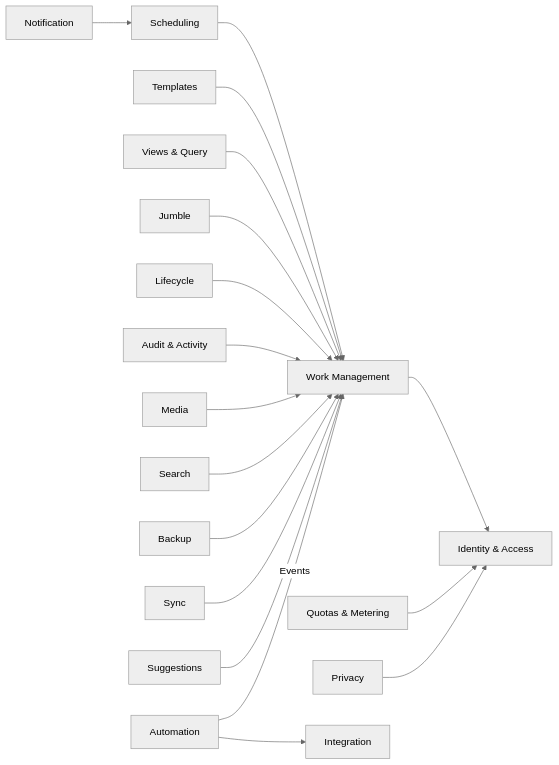
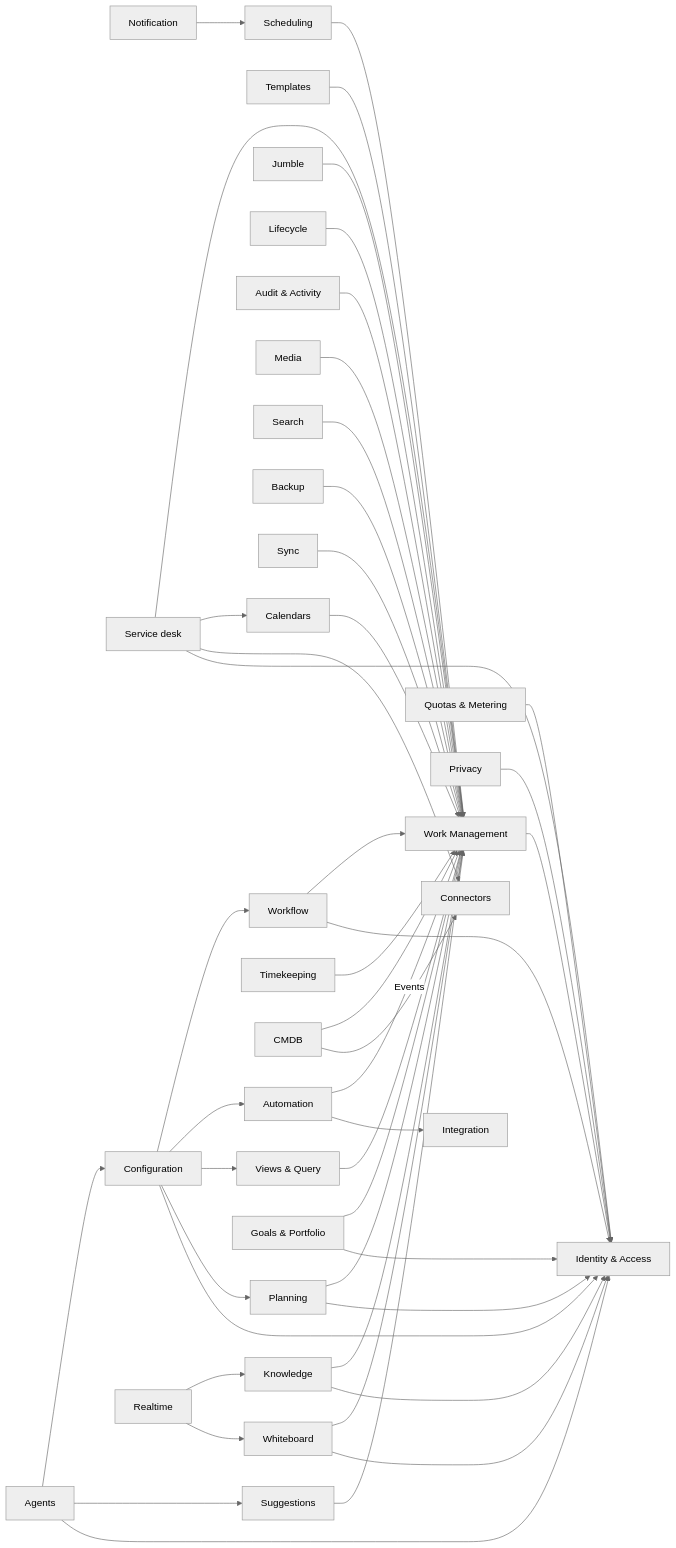
One commit to Jersyfi/hubtask changed the diagram in docs/architecture/arc42.md. Above: the diagram before and after it, drawn with Mermaid (neutral theme). The commit also changed other lines of this file and 3850 other files, not shown here.

````diff
--- a/docs/architecture/arc42.md
+++ b/docs/architecture/arc42.md
@@ -223,9 +227,17 @@
 ```mermaid
 graph LR
   SCHED[Scheduling] & TPL[Templates] & VIEW[Views & Query] & JUM[Jumble] & LIFE[Lifecycle] --> WORK[Work Management]
   AUD[Audit & Activity] & FILES[Media] & SEARCH[Search] & BAK[Backup] & SYNC[Sync] & SUGG[Suggestions] --> WORK
   WORK & LIC[Quotas & Metering] & PRIV[Privacy] --> IAM[Identity & Access]
   AUTOM[Automation] -->|Events| WORK
   AUTOM --> INTEG[Integration]
   NOTIF[Notification] --> SCHED
+  FLOW[Workflow] & PLAN[Planning] & TIME[Timekeeping] & DESK[Service desk] & CMDB[CMDB] --> WORK
+  KNOW[Knowledge] & BOARD[Whiteboard] & GOAL[Goals & Portfolio] & CAL[Calendars] --> WORK
+  DESK --> CAL
+  DESK & CMDB --> CONN[Connectors]
+  CFG[Configuration] --> FLOW & AUTOM & VIEW & PLAN
+  AGENT[Agents] --> CFG & SUGG
+  RT[Realtime] --> KNOW & BOARD
+  FLOW & DESK & GOAL & PLAN & KNOW & BOARD & AGENT & CFG --> IAM
 ```
````
